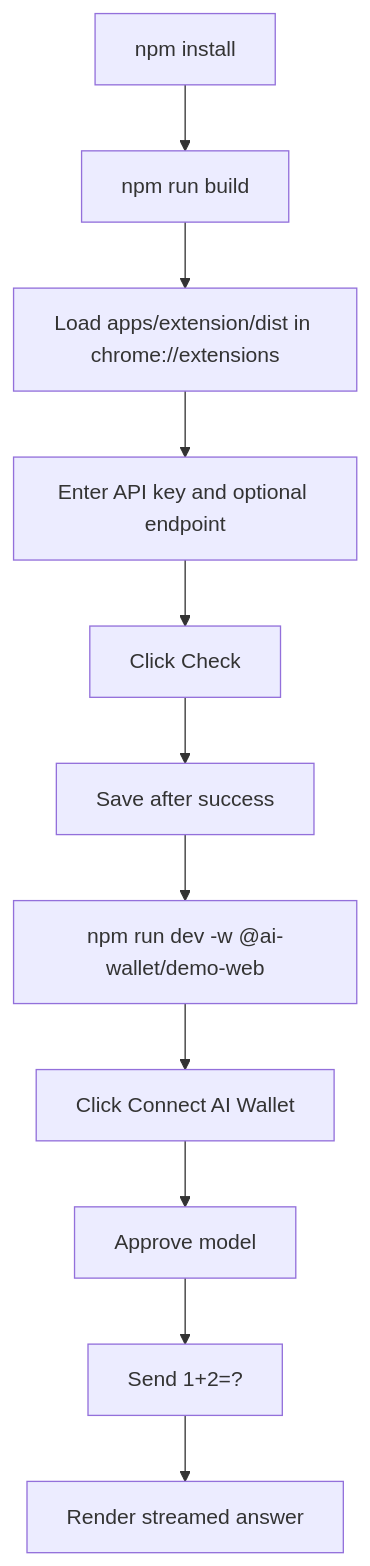
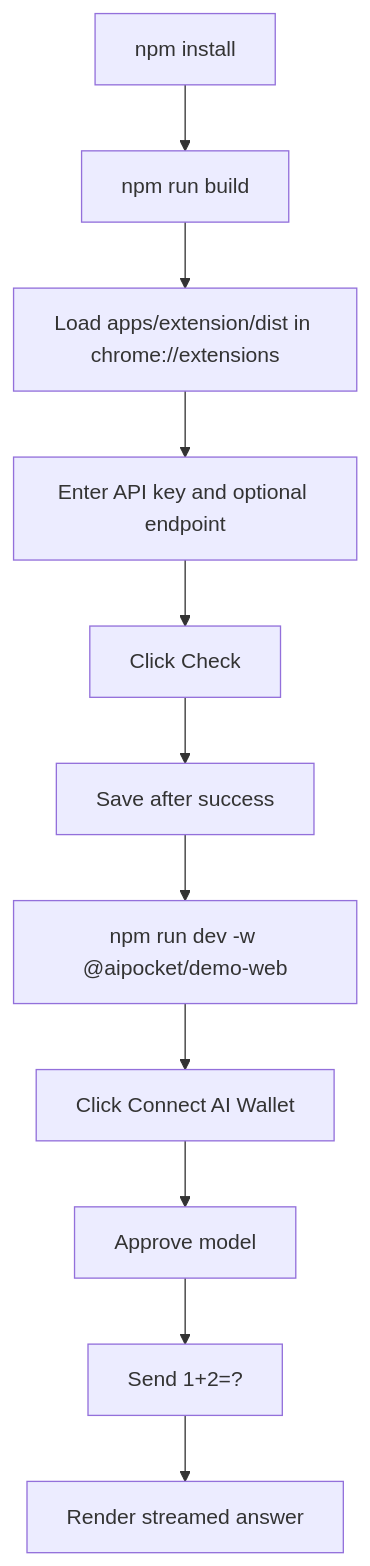
Before and after one commit to SFzxc/aipocket: the sixth of 6 diagrams in docs/diagrams/mvp-flows.md, drawn with Mermaid. The commit also changed 40 other files, not shown here.

````diff
--- a/docs/diagrams/mvp-flows.md
+++ b/docs/diagrams/mvp-flows.md
@@ -114,13 +114,13 @@
 ```mermaid
 flowchart TD
   InstallDeps[npm install] --> Build[npm run build]
   Build --> Load[Load apps/extension/dist in chrome://extensions]
   Load --> Configure[Enter API key and optional endpoint]
   Configure --> Check[Click Check]
   Check --> Save[Save after success]
-  Save --> RunDemo[npm run dev -w @ai-wallet/demo-web]
+  Save --> RunDemo[npm run dev -w @aipocket/demo-web]
   RunDemo --> Connect[Click Connect AI Wallet]
   Connect --> Approve[Approve model]
   Approve --> Send[Send 1+2=?]
   Send --> Stream[Render streamed answer]
 ```
````
